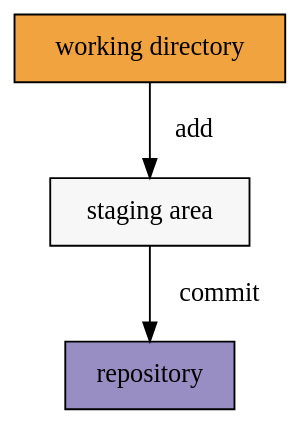
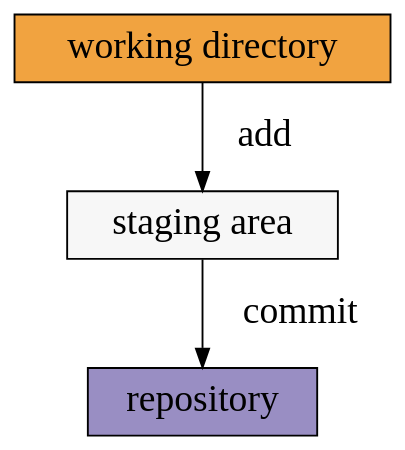
The first of 4 diagrams in index.md (nirname/git-report), drawn with Graphviz before and after one commit. The commit also changed other lines of this file and 3 other files, not shown here.

````diff
--- a/index.md
+++ b/index.md
@@ -33,14 +40,14 @@
 ```graphviz
 digraph {
-  labeljust="r"
   bgcolor="transparent"
-  node[shape="rect" style="filled"]
+  node[shape="rect" style="filled" fontsize=20]
+  edge[fontsize=20]
 
   "working directory" -> "staging area" [label="   add"]
   "staging area" -> repository [label="   commit"]
 
   "working directory" [fillcolor="#f1a340"]
   "staging area"      [fillcolor="#f7f7f7"]
   repository          [fillcolor="#998ec3"]
 }
 ```
````
